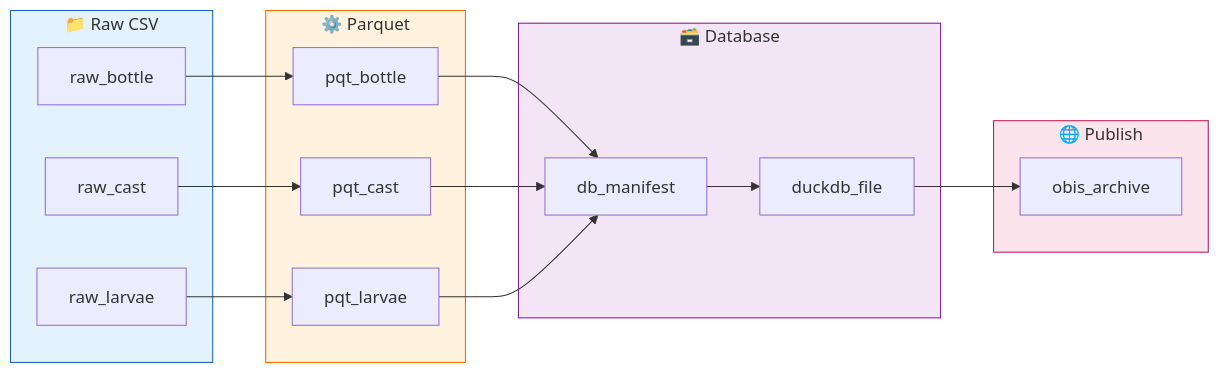
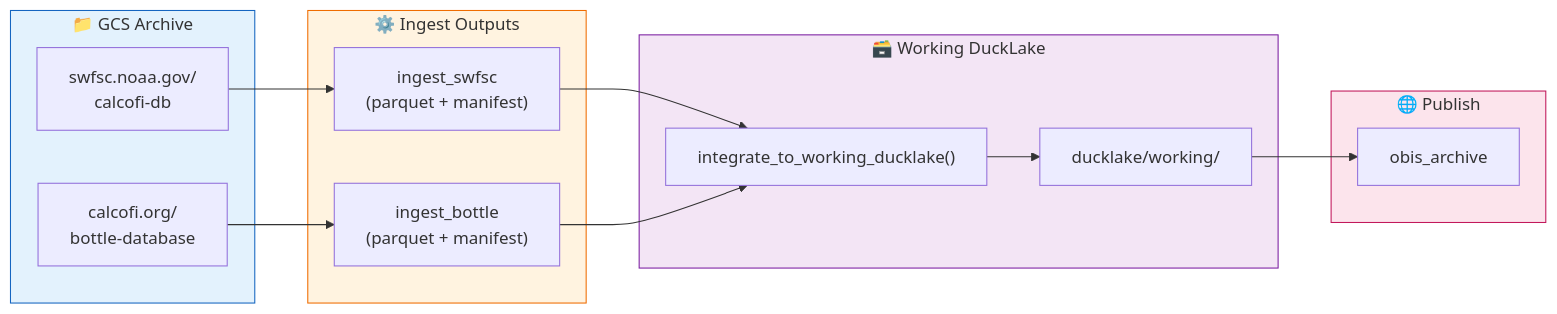
The eighth of 9 diagrams in README_PLAN.qmd (CalCOFI/workflows), drawn with Mermaid before and after one commit. The commit also changed other lines of this file and 74 other files, not shown here.

Commit message:
ingest_swfsc_calcofi now writing to parquet, missing metadata

````diff
--- a/README_PLAN.qmd
+++ b/README_PLAN.qmd
@@ -1192,42 +1353,38 @@
 ```{mermaid}
 %%| label: fig-targets
 %%| fig-cap: "targets Pipeline Dependency Graph"
 
 flowchart LR
-    subgraph raw["📁 Raw CSV"]
-        raw_bottle
-        raw_cast
-        raw_larvae
+    subgraph archive["📁 GCS Archive"]
+        archive_swfsc["swfsc.noaa.gov/<br/>calcofi-db"]
+        archive_bottle["calcofi.org/<br/>bottle-database"]
     end
 
-    subgraph parquet["⚙️ Parquet"]
-        pqt_bottle
-        pqt_cast
-        pqt_larvae
+    subgraph ingest["⚙️ Ingest Outputs"]
+        ingest_swfsc["ingest_swfsc<br/>(parquet + manifest)"]
+        ingest_bottle["ingest_bottle<br/>(parquet + manifest)"]
     end
 
-    subgraph database["🗃️ Database"]
-        db_manifest
-        duckdb_file
+    subgraph database["🗃️ Working DuckLake"]
+        integrate["integrate_to_working_ducklake()"]
+        ducklake["ducklake/working/"]
     end
 
     subgraph publish["🌐 Publish"]
         obis_archive
     end
 
-    raw_bottle --> pqt_bottle
-    raw_cast --> pqt_cast
-    raw_larvae --> pqt_larvae
+    archive_swfsc --> ingest_swfsc
+    archive_bottle --> ingest_bottle
 
-    pqt_bottle --> db_manifest
-    pqt_cast --> db_manifest
-    pqt_larvae --> db_manifest
+    ingest_swfsc --> integrate
+    ingest_bottle --> integrate
 
-    db_manifest --> duckdb_file
-    duckdb_file --> obis_archive
+    integrate --> ducklake
+    ducklake --> obis_archive
 
-    style raw fill:#e3f2fd,stroke:#1565c0
-    style parquet fill:#fff3e0,stroke:#ef6c00
+    style archive fill:#e3f2fd,stroke:#1565c0
+    style ingest fill:#fff3e0,stroke:#ef6c00
     style database fill:#f3e5f5,stroke:#7b1fa2
     style publish fill:#fce4ec,stroke:#c2185b
 ```
````
